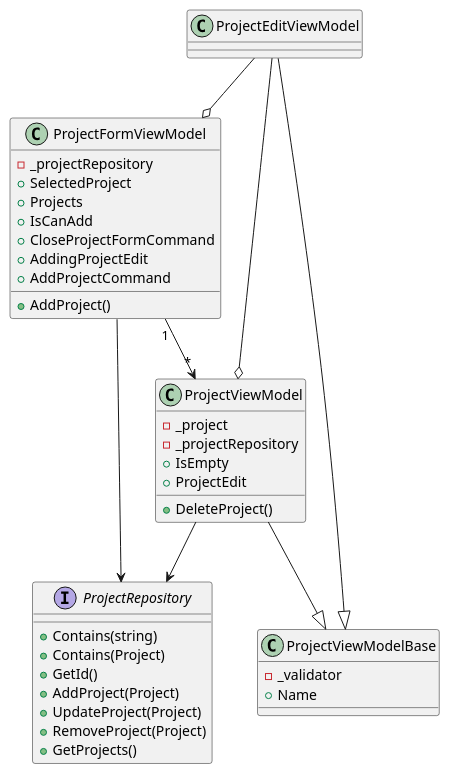
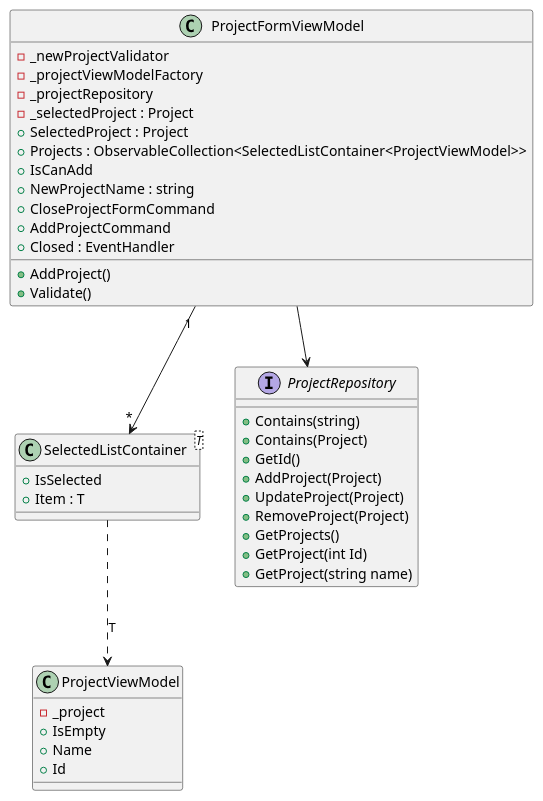
The diagram in docs/class_diagrams/projectform.plantuml (quaterni/TimaProject), drawn with PlantUML before and after one commit. The commit also changed 11 other files, not shown here.

```diff
--- a/docs/class_diagrams/projectform.plantuml
+++ b/docs/class_diagrams/projectform.plantuml
@@ -1,56 +1,51 @@
 @startuml
 
 class "ProjectFormViewModel" as pf {
+    - _newProjectValidator
+    - _projectViewModelFactory
     - _projectRepository
-    + SelectedProject
-    + Projects
+    - _selectedProject : Project
+    + SelectedProject : Project
+    + Projects : ObservableCollection<SelectedListContainer<ProjectViewModel>>
     + IsCanAdd
+    + NewProjectName : string
     + CloseProjectFormCommand
-    + AddingProjectEdit
     + AddProjectCommand
     + AddProject()
+    + Validate()
+    + Closed : EventHandler
 }
 
-class "ProjectViewModelBase" as projectBase{
-    - _validator
-    + Name
-
+class "SelectedListContainer<T>" as container {
+    + IsSelected
+    + Item : T
 }
 
 class "ProjectViewModel" as projectVM {
     - _project
-    - _projectRepository
     + IsEmpty
-    + ProjectEdit
-    + DeleteProject()
+    + Name
+    + Id
 }
 
-pf "1" --> "*" projectVM
+pf "1" --> "*" container
 
-class "ProjectEditViewModel" as projectEdit{
-
-}
-
-projectEdit --|> projectBase
-projectVM --|> projectBase
-
-projectEdit --o pf
-projectEdit --o projectVM
-
+container ..> projectVM : "T"
 
 interface "ProjectRepository" as pr {
     + Contains(string)
     + Contains(Project)
     + GetId()
     + AddProject(Project)
     + UpdateProject(Project)
     + RemoveProject(Project)
     + GetProjects()
-
+    + GetProject(int Id)
+    + GetProject(string name)
 }
 
 pf --> pr
-projectVM --> pr
+
 
 
 @enduml
```
